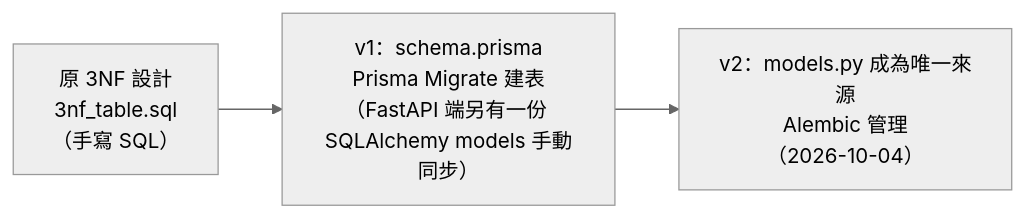
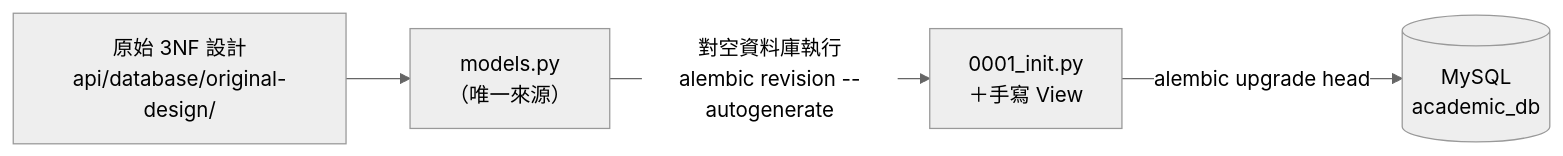
The fourth of 4 diagrams in SQLAlchemy、Alembic 與資料庫建立.md (hahapiyan0716/academic-affairs-system), drawn with Mermaid (neutral theme) before and after one commit. The commit also changed other lines of this file and 5 other files, not shown here.

````diff
--- a/SQLAlchemy、Alembic 與資料庫建立.md
+++ b/SQLAlchemy、Alembic 與資料庫建立.md
@@ -534,5 +529,6 @@
 ```mermaid
 flowchart LR
-    A["原 3NF 設計<br/>3nf_table.sql<br/>（手寫 SQL）"] --> B["v1：schema.prisma<br/>Prisma Migrate 建表<br/>（FastAPI 端另有一份 SQLAlchemy models 手動同步）"]
-    B --> C["v2：models.py 成為唯一來源<br/>Alembic 管理<br/>（2026-10-04）"]
+    A["原始 3NF 設計<br/>api/database/original-design/"] --> B["models.py<br/>（唯一來源）"]
+    B -->|"對空資料庫執行<br/>alembic revision --autogenerate"| C["0001_init.py<br/>＋手寫 View"]
+    C -->|"alembic upgrade head"| D[(MySQL<br/>academic_db)]
 ```
````
